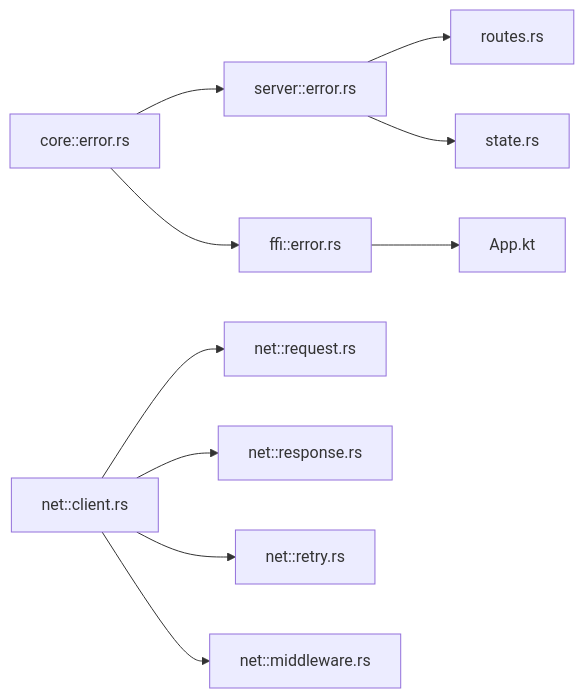
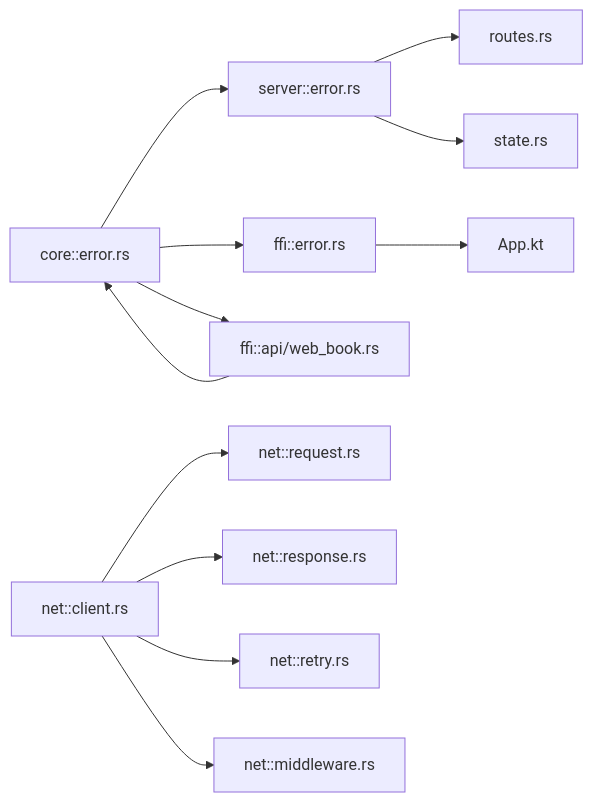
One commit to ZhangGHGitHub/LegadoTeamFlutter changed the seventh of 7 diagrams in .qoder/repowiki/zh/content/同步服务/API接口设计/错误处理机制.md. Above: the diagram before and after it, drawn with Mermaid. The commit also changed other lines of this file and 173 other files, not shown here.

````diff
--- a/.qoder/repowiki/zh/content/同步服务/API接口设计/错误处理机制.md
+++ b/.qoder/repowiki/zh/content/同步服务/API接口设计/错误处理机制.md
@@ -327,12 +358,14 @@
 ```mermaid
 graph LR
 CoreErr["core::error.rs"] --> ServerErr["server::error.rs"]
 CoreErr --> FFIErr["ffi::error.rs"]
+CoreErr --> WebBook["ffi::api/web_book.rs"]
 ServerErr --> Routes["routes.rs"]
 ServerErr --> State["state.rs"]
 FFIErr --> AppKt["App.kt"]
+WebBook --> CoreErr
 NetClient["net::client.rs"] --> NetReq["net::request.rs"]
 NetClient --> NetResp["net::response.rs"]
 NetClient --> NetRetry["net::retry.rs"]
 NetClient --> NetMW["net::middleware.rs"]
 ```
````
